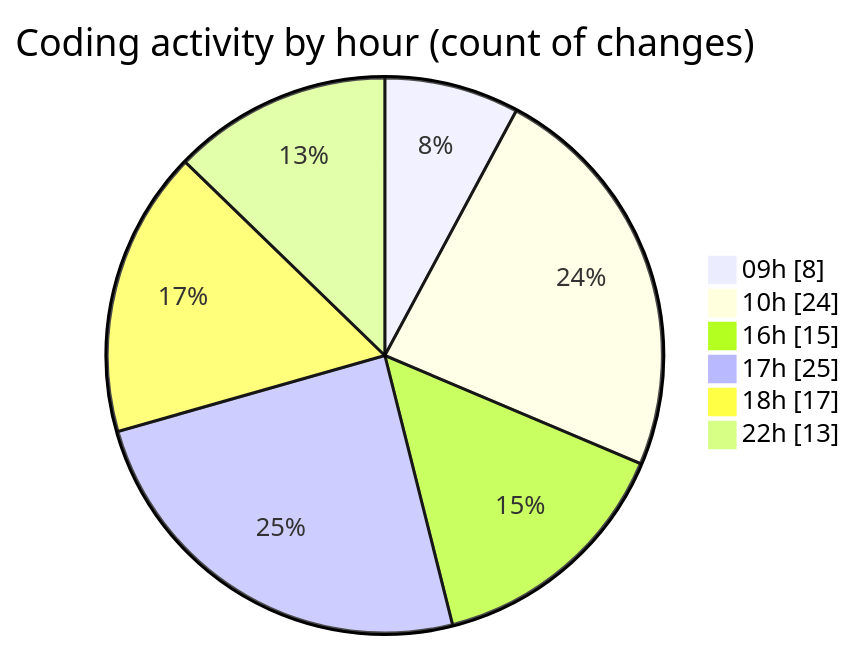
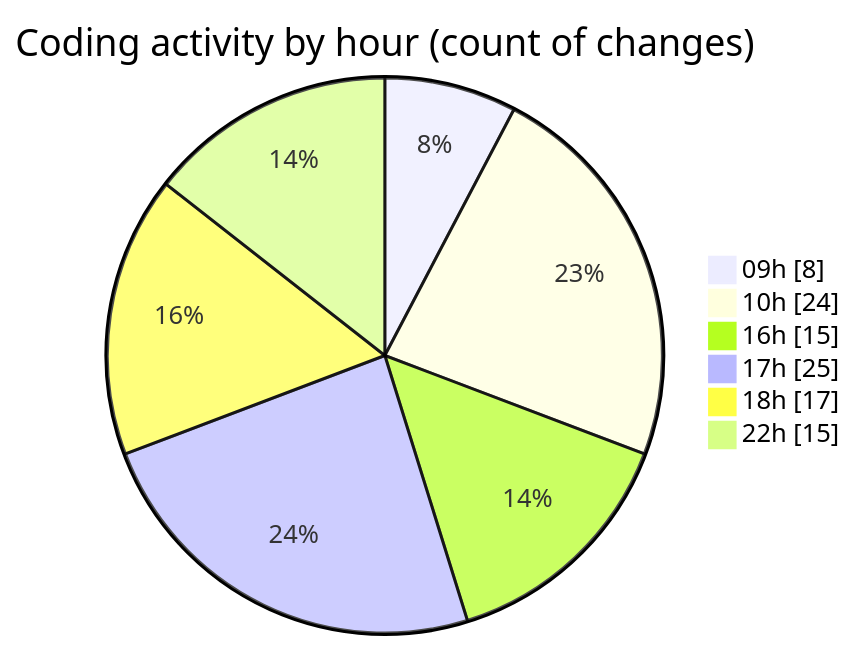
Before and after one commit to julien-gomy/code-tracking: the second of 2 diagrams in 2025-10-09/eventscop-frontend-guide__workspace_/README.md, drawn with Mermaid. The commit also changed other lines of this file and 1 other file, not shown here.

````diff
--- a/2025-10-09/eventscop-frontend-guide__workspace_/README.md
+++ b/2025-10-09/eventscop-frontend-guide__workspace_/README.md
@@ -64,10 +66,10 @@
 ```mermaid
 pie showData
 title Coding activity by hour (count of changes)
 "09h" : 8
 "10h" : 24
 "16h" : 15
 "17h" : 25
 "18h" : 17
-"22h" : 13
+"22h" : 15
 ```
````
